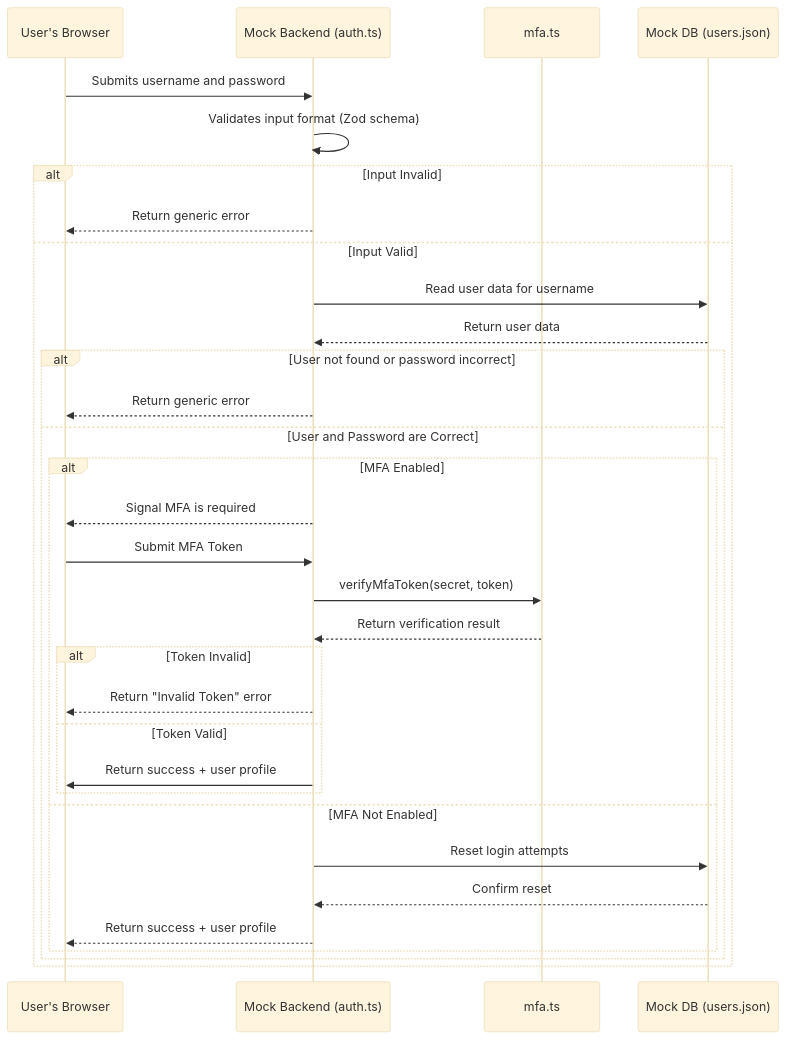
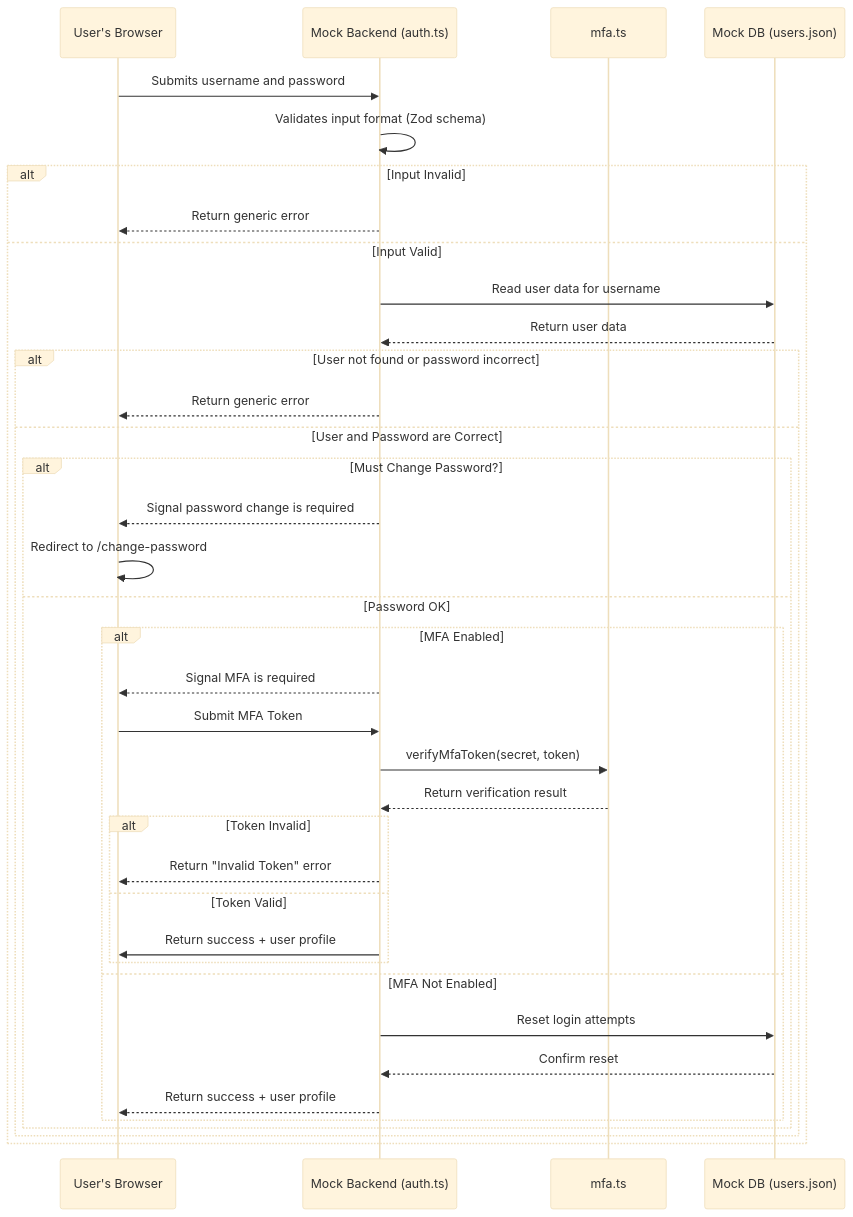
Before and after one commit to Dr-Risk/MyWork2: the diagram in docs/sdlc/3_architecture_and_design.md, drawn with Mermaid (base theme).

Commit message:
do we have to update the data flow mermaid code after updating the daful

````diff
--- a/docs/sdlc/3_architecture_and_design.md
+++ b/docs/sdlc/3_architecture_and_design.md
@@ -43,35 +43,40 @@
 ```mermaid
 sequenceDiagram
     participant Client as User's Browser
     participant Server as Mock Backend (auth.ts)
     participant MFAService as mfa.ts
     participant DB as Mock DB (users.json)
 
     Client->>Server: Submits username and password
     Server->>Server: Validates input format (Zod schema)
     alt Input Invalid
         Server-->>Client: Return generic error
     else Input Valid
         Server->>DB: Read user data for username
         DB-->>Server: Return user data
         alt User not found or password incorrect
             Server-->>Client: Return generic error
         else User and Password are Correct
-            alt MFA Enabled
-                Server-->>Client: Signal MFA is required
-                Client->>Server: Submit MFA Token
-                Server->>MFAService: verifyMfaToken(secret, token)
-                MFAService-->>Server: Return verification result
-                alt Token Invalid
-                    Server-->>Client: Return "Invalid Token" error
-                else Token Valid
-                    Server->>Client: Return success + user profile
+            alt Must Change Password?
+                Server-->>Client: Signal password change is required
+                Client->>Client: Redirect to /change-password
+            else Password OK
+                alt MFA Enabled
+                    Server-->>Client: Signal MFA is required
+                    Client->>Server: Submit MFA Token
+                    Server->>MFAService: verifyMfaToken(secret, token)
+                    MFAService-->>Server: Return verification result
+                    alt Token Invalid
+                        Server-->>Client: Return "Invalid Token" error
+                    else Token Valid
+                        Server->>Client: Return success + user profile
+                    end
+                else MFA Not Enabled
+                     Server->>DB: Reset login attempts
+                     DB-->>Server: Confirm reset
+                     Server-->>Client: Return success + user profile
                 end
-            else MFA Not Enabled
-                 Server->>DB: Reset login attempts
-                 DB-->>Server: Confirm reset
-                 Server-->>Client: Return success + user profile
             end
         end
     end
 ```
````
